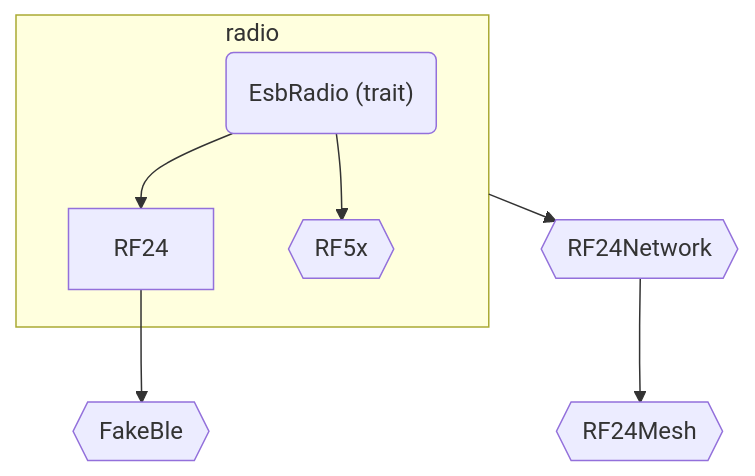
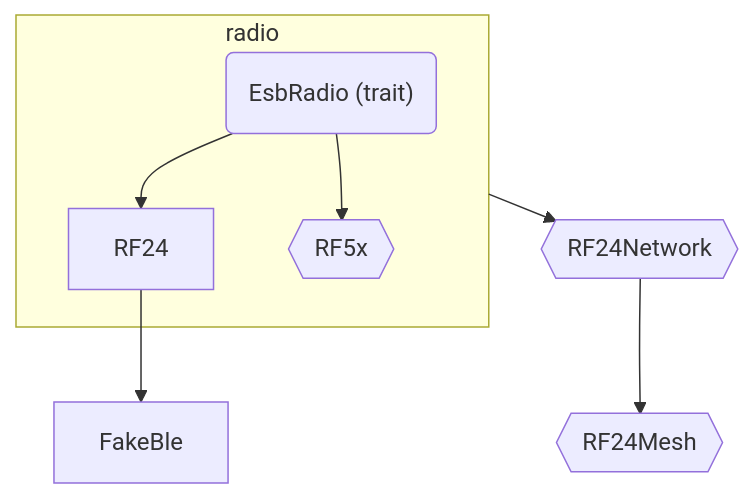
Before and after one commit to nRF24/rf24-rs: the diagram in docs/src/api-diff.md, drawn with Mermaid.

Commit message:
docs: update diagram

````diff
--- a/docs/src/api-diff.md
+++ b/docs/src/api-diff.md
@@ -73,11 +73,11 @@
 ```mermaid
 flowchart TD
     subgraph radio
     esb("EsbRadio (trait)") --> RF24
     esb --> nrf5x{{RF5x}}
     end
 
-    RF24 --> ble{{FakeBle}}
+    RF24 --> ble[FakeBle]
     radio --> net{{RF24Network}}
     net --> mesh{{RF24Mesh}}
 ```
````
